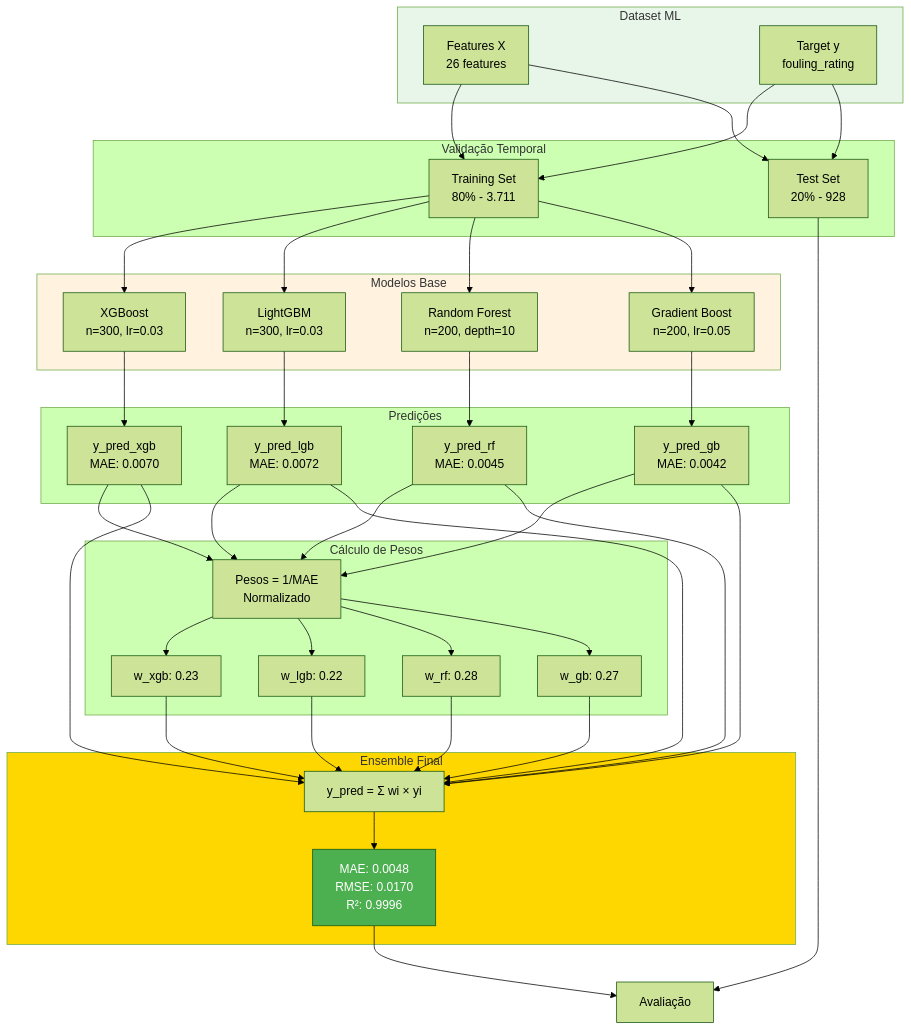
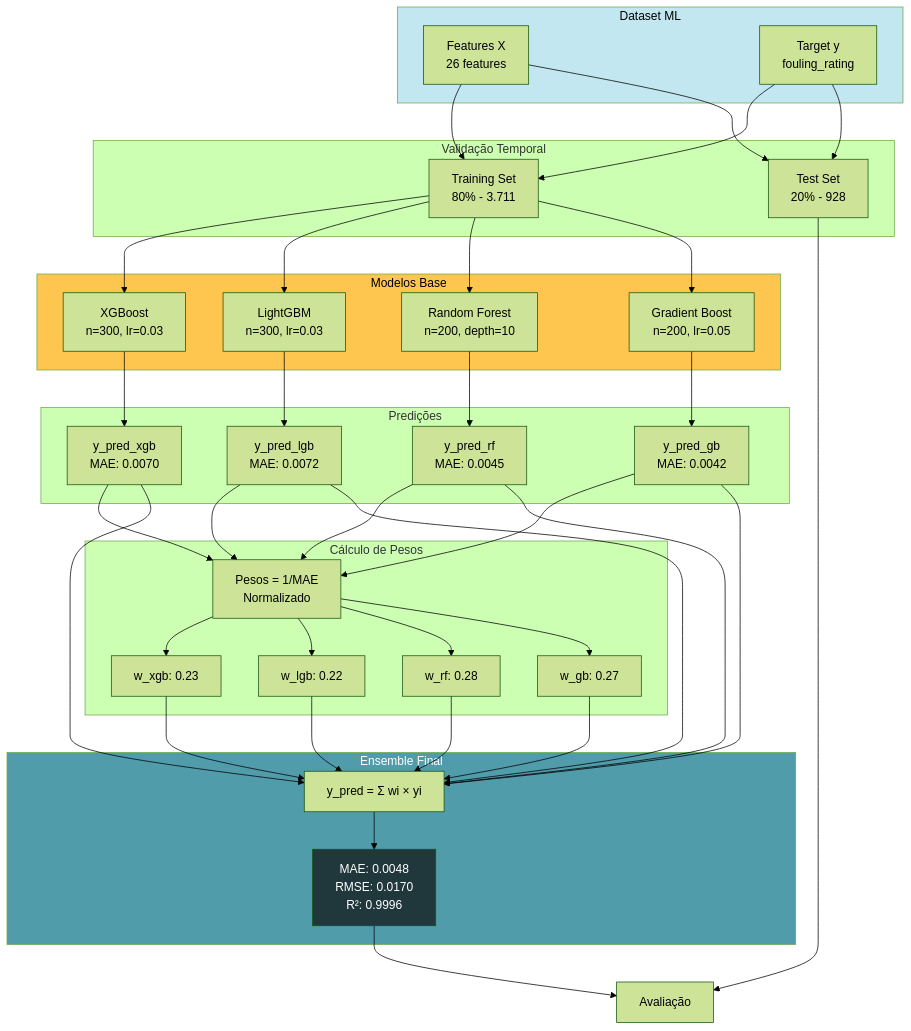
One commit to bryanjulio/nexus_transpetro changed the fourth of 9 diagrams in DIAGRAMAS.md. Above: the diagram before and after it, drawn with Mermaid (forest theme). The commit also changed other lines of this file and 1 other file, not shown here.

Commit message:
style: Update diagram colors for improved visibility and contrast; add team member details to README

````diff
--- a/DIAGRAMAS.md
+++ b/DIAGRAMAS.md
@@ -224,61 +224,61 @@
 ```mermaid
 graph TB
     subgraph Data["Dataset ML"]
         X[Features X<br/>26 features]
         Y[Target y<br/>fouling_rating]
     end
 
     subgraph Split["Validação Temporal"]
         X --> TR[Training Set<br/>80% - 3.711]
         Y --> TR
         X --> TE[Test Set<br/>20% - 928]
         Y --> TE
     end
 
     subgraph Models["Modelos Base"]
         TR --> XGB[XGBoost<br/>n=300, lr=0.03]
         TR --> LGB[LightGBM<br/>n=300, lr=0.03]
         TR --> RF[Random Forest<br/>n=200, depth=10]
         TR --> GB[Gradient Boost<br/>n=200, lr=0.05]
     end
 
     subgraph Predictions["Predições"]
         XGB --> P1[y_pred_xgb<br/>MAE: 0.0070]
         LGB --> P2[y_pred_lgb<br/>MAE: 0.0072]
         RF --> P3[y_pred_rf<br/>MAE: 0.0045]
         GB --> P4[y_pred_gb<br/>MAE: 0.0042]
     end
 
     subgraph Weights["Cálculo de Pesos"]
         P1 --> W[Pesos = 1/MAE<br/>Normalizado]
         P2 --> W
         P3 --> W
         P4 --> W
 
         W --> W1[w_xgb: 0.23]
         W --> W2[w_lgb: 0.22]
         W --> W3[w_rf: 0.28]
         W --> W4[w_gb: 0.27]
     end
 
     subgraph Ensemble["Ensemble Final"]
         P1 --> ENS[y_pred = Σ wi × yi]
         P2 --> ENS
         P3 --> ENS
         P4 --> ENS
         W1 --> ENS
         W2 --> ENS
         W3 --> ENS
         W4 --> ENS
 
         ENS --> METRICS[MAE: 0.0048<br/>RMSE: 0.0170<br/>R²: 0.9996]
     end
 
     TE --> EVAL[Avaliação]
     METRICS --> EVAL
 
-    style Data fill:#E8F5E9
-    style Models fill:#FFF3E0
-    style Ensemble fill:#FFD700
-    style METRICS fill:#4CAF50,color:#FFF
+    style Data fill:#C3E7F1,color:#000
+    style Models fill:#FFC64F,color:#000
+    style Ensemble fill:#519CAB,color:#FFF
+    style METRICS fill:#20373B,color:#FFF
 ```
````
